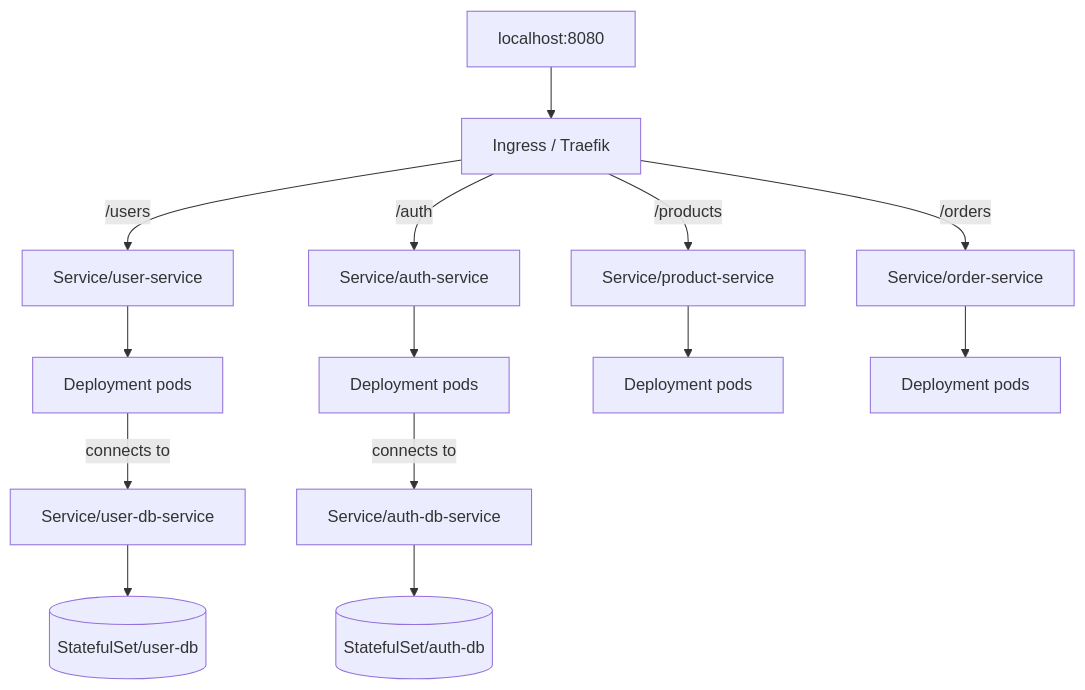
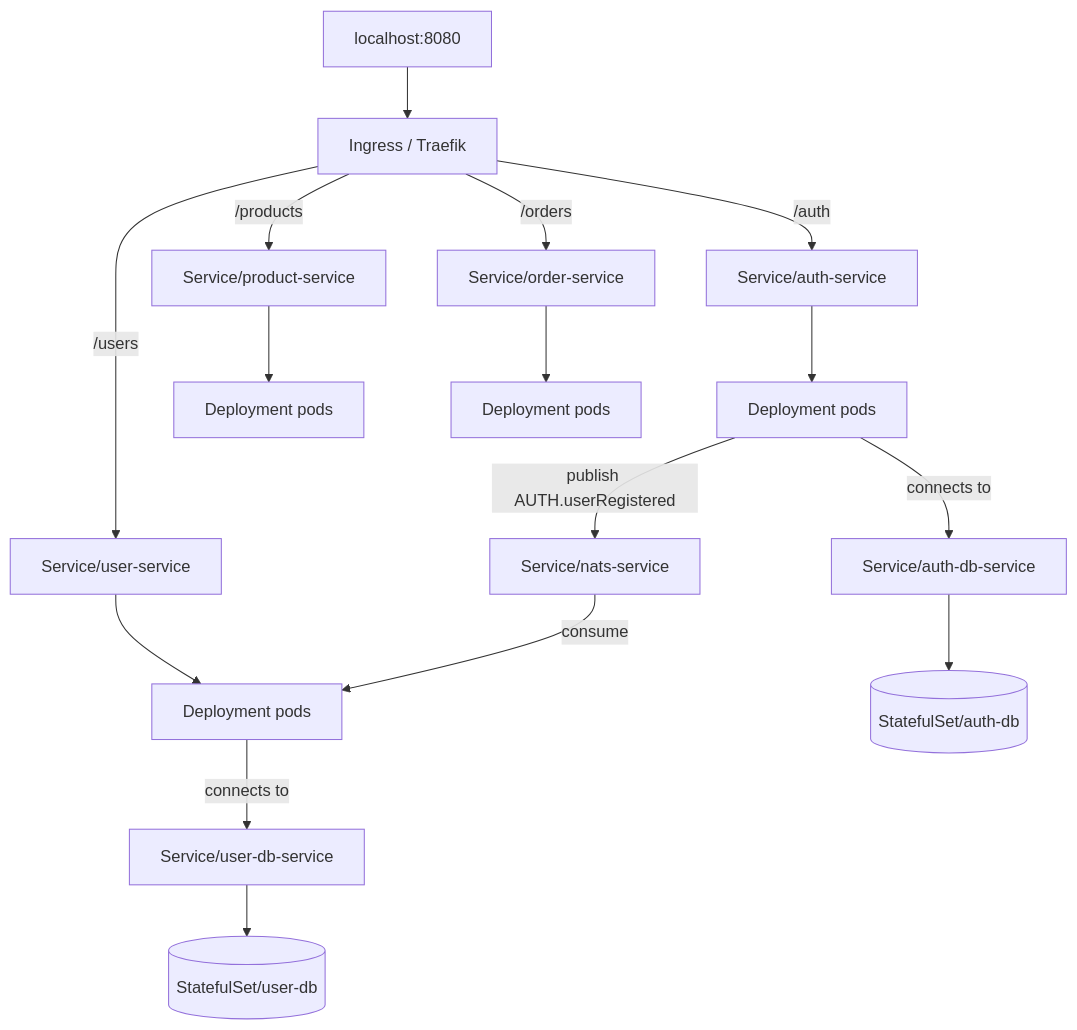
One commit to soramon0/microplayground changed the diagram in docs/kubernetes.md. Above: the diagram before and after it, drawn with Mermaid. The commit also changed other lines of this file and 2 other files, not shown here.

Commit message:
docs: update README and Kubernetes documentation to reflect NATS integration and new auth registration flow

````diff
--- a/docs/kubernetes.md
+++ b/docs/kubernetes.md
@@ -58,16 +68,18 @@
 ```mermaid
 flowchart TD
   host[localhost:8080] --> ingress[Ingress / Traefik]
   ingress -->|/users| userSvc[Service/user-service]
   ingress -->|/auth| authSvc[Service/auth-service]
   ingress -->|/products| productSvc[Service/product-service]
   ingress -->|/orders| orderSvc[Service/order-service]
   userSvc --> userPods[Deployment pods]
   authSvc --> authPods[Deployment pods]
   productSvc --> productPods[Deployment pods]
   orderSvc --> orderPods[Deployment pods]
   userPods -->|connects to| userDbSvc[Service/user-db-service]
   authPods -->|connects to| authDbSvc[Service/auth-db-service]
   userDbSvc --> userDb[(StatefulSet/user-db)]
   authDbSvc --> authDb[(StatefulSet/auth-db)]
+  authPods -->|publish AUTH.userRegistered| nats[Service/nats-service]
+  nats -->|consume| userPods
 ```
````
